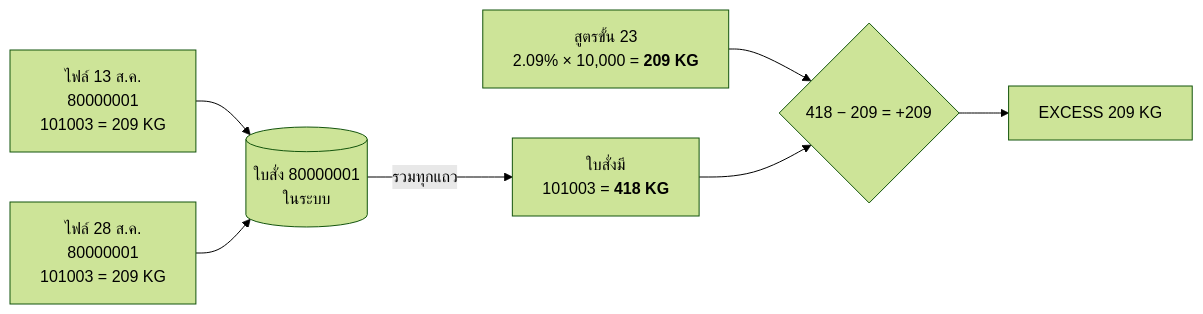
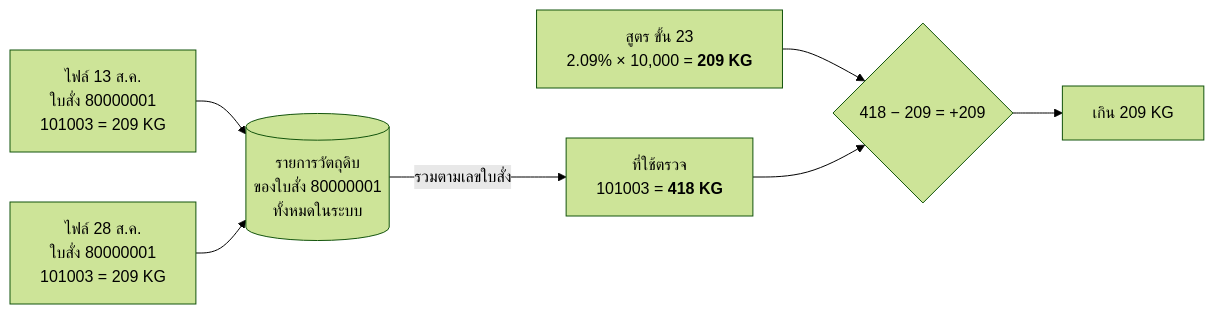
Before and after one commit to mosssssssssszx/test: the fifth of 5 diagrams in README.md, drawn with Mermaid (forest theme). The commit also changed other lines of this file, not shown here.

````diff
--- a/README.md
+++ b/README.md
@@ -358,9 +386,9 @@
 ```mermaid
 flowchart LR
-    F1["ไฟล์ 13 ส.ค.<br/>80000001<br/>101003 = 209 KG"] --> D[("ใบสั่ง 80000001<br/>ในระบบ")]
-    F2["ไฟล์ 28 ส.ค.<br/>80000001<br/>101003 = 209 KG"] --> D
-    D -- "รวมทุกแถว" --> BOM["ใบสั่งมี<br/>101003 = <b>418 KG</b>"]
-    REQ["สูตรขั้น 23<br/>2.09% × 10,000 = <b>209 KG</b>"] --> CMP{"418 − 209 = +209"}
+    F1["ไฟล์ 13 ส.ค.<br/>ใบสั่ง 80000001<br/>101003 = 209 KG"] --> D[("รายการวัตถุดิบ<br/>ของใบสั่ง 80000001<br/>ทั้งหมดในระบบ")]
+    F2["ไฟล์ 28 ส.ค.<br/>ใบสั่ง 80000001<br/>101003 = 209 KG"] --> D
+    D -- "รวมตามเลขใบสั่ง" --> BOM["ที่ใช้ตรวจ<br/>101003 = <b>418 KG</b>"]
+    REQ["สูตร ขั้น 23<br/>2.09% × 10,000 = <b>209 KG</b>"] --> CMP{"418 − 209 = +209"}
     BOM --> CMP
-    CMP --> EX["EXCESS 209 KG"]
+    CMP --> EX["เกิน 209 KG"]
 ```
````
